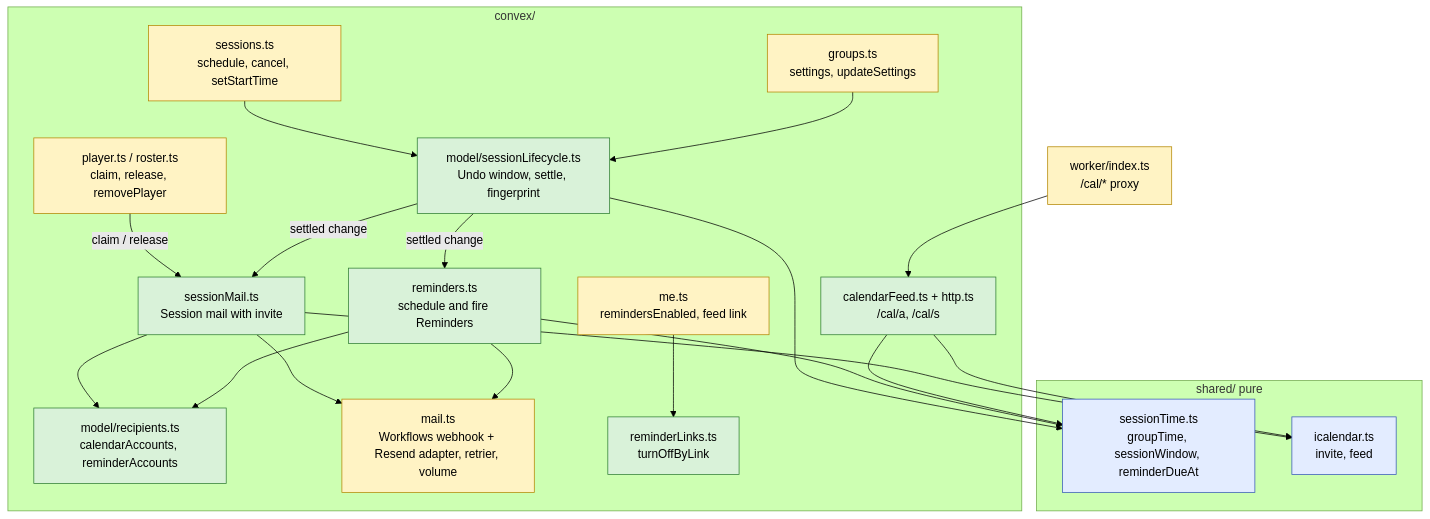
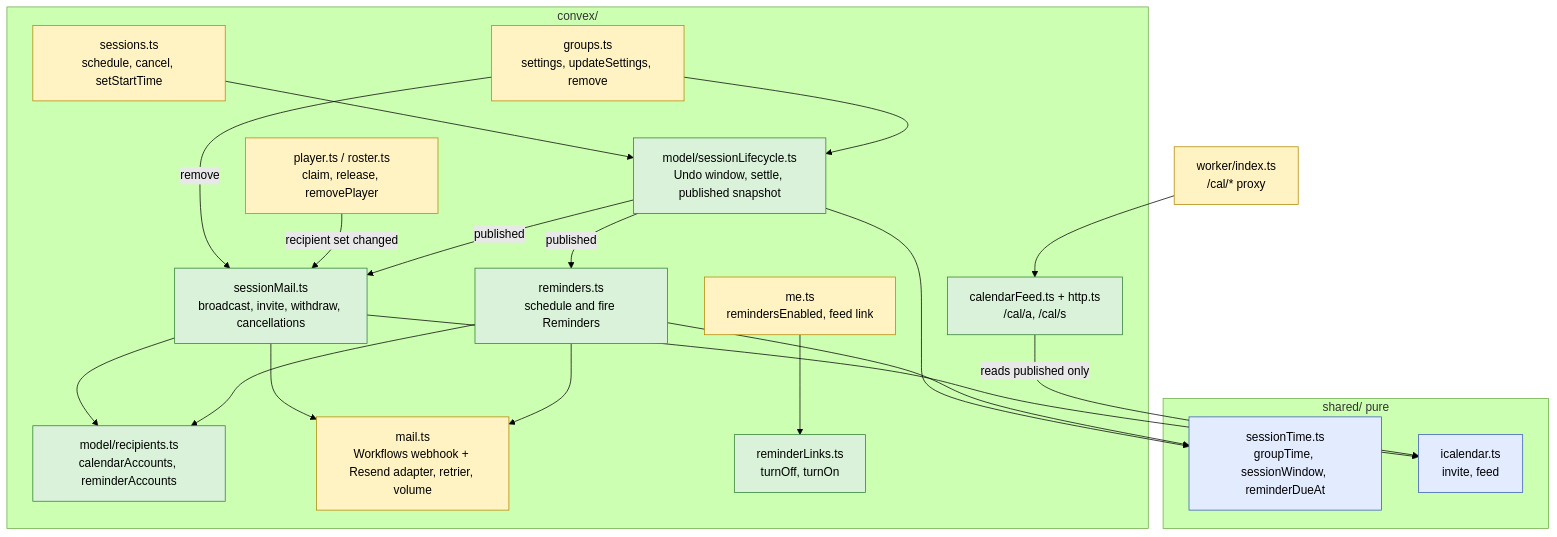
The third of 7 diagrams in docs/architecture/calendar-sync.md (Silthus/next-session), drawn with Mermaid (forest theme) before and after one commit. The commit also changed other lines of this file, not shown here.

First line of the commit message:
Rework calendar sync around a published Session snapshot (#126)

````diff
--- a/docs/architecture/calendar-sync.md
+++ b/docs/architecture/calendar-sync.md
@@ -162,44 +175,44 @@
 ```mermaid
 flowchart TB
   classDef new fill:#d9f2d9,stroke:#2e7d32,color:#000
   classDef changed fill:#fff3c4,stroke:#b38600,color:#000
   classDef pure fill:#e3ecff,stroke:#3557b7,color:#000
 
   subgraph shared[shared/ pure]
     sessionTime[sessionTime.ts<br/>groupTime, sessionWindow, reminderDueAt]:::pure
     icalendar[icalendar.ts<br/>invite, feed]:::pure
   end
 
   subgraph convex[convex/]
     sessions[sessions.ts<br/>schedule, cancel, setStartTime]:::changed
-    groups[groups.ts<br/>settings, updateSettings]:::changed
+    groups[groups.ts<br/>settings, updateSettings, remove]:::changed
     playerMod[player.ts / roster.ts<br/>claim, release, removePlayer]:::changed
-    lifecycle[model/sessionLifecycle.ts<br/>Undo window, settle, fingerprint]:::new
+    lifecycle[model/sessionLifecycle.ts<br/>Undo window, settle, published snapshot]:::new
     recipients[model/recipients.ts<br/>calendarAccounts, reminderAccounts]:::new
-    sessionMail[sessionMail.ts<br/>Session mail with invite]:::new
+    sessionMail[sessionMail.ts<br/>broadcast, invite, withdraw, cancellations]:::new
     reminders[reminders.ts<br/>schedule and fire Reminders]:::new
     calendarHttp[calendarFeed.ts + http.ts<br/>/cal/a, /cal/s]:::new
     mailTransport[mail.ts<br/>Workflows webhook + Resend adapter, retrier, volume]:::changed
     me[me.ts<br/>remindersEnabled, feed link]:::changed
-    links[reminderLinks.ts<br/>turnOffByLink]:::new
+    links[reminderLinks.ts<br/>turnOff, turnOn]:::new
   end
 
   worker[worker/index.ts<br/>/cal/* proxy]:::changed
 
   sessions --> lifecycle
   groups --> lifecycle
-  playerMod -- "claim / release" --> sessionMail
-  lifecycle -- "settled change" --> sessionMail
-  lifecycle -- "settled change" --> reminders
+  groups -- "remove" --> sessionMail
+  playerMod -- "recipient set changed" --> sessionMail
+  lifecycle -- "published" --> sessionMail
+  lifecycle -- "published" --> reminders
   lifecycle --> sessionTime
   sessionMail --> recipients
   reminders --> recipients
   sessionMail --> icalendar
   sessionMail --> mailTransport
   reminders --> sessionTime
   reminders --> mailTransport
-  calendarHttp --> icalendar
-  calendarHttp --> sessionTime
+  calendarHttp -- "reads published only" --> icalendar
   worker --> calendarHttp
   me --> links
 ```
````
